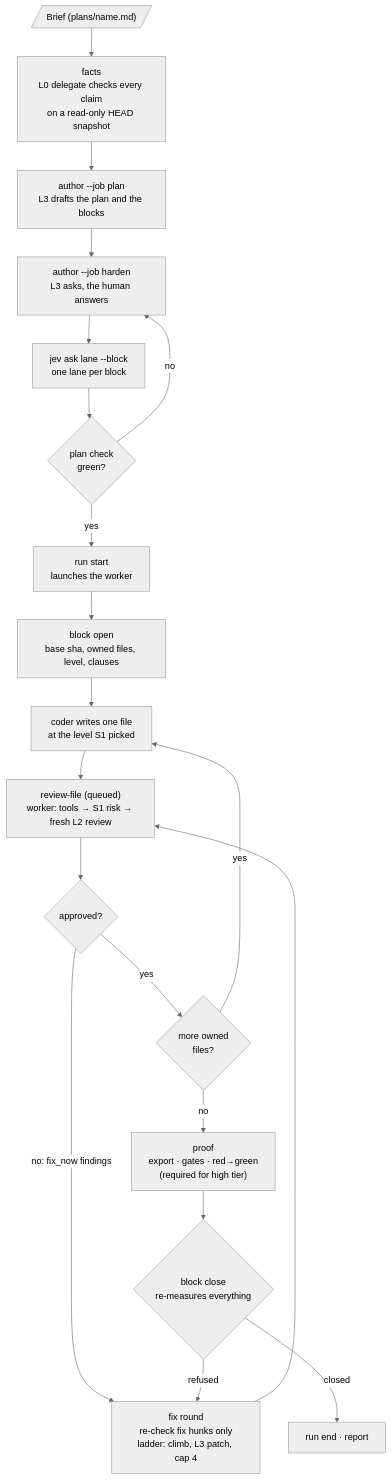
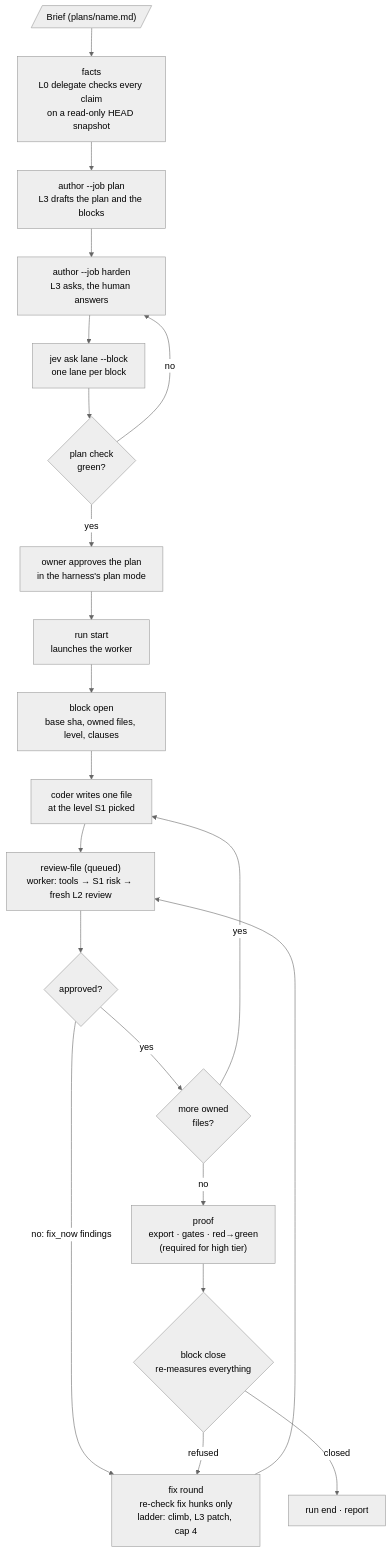
Before and after one commit to ricardov03/code-forge: the first of 2 diagrams in docs/how-it-works.md, drawn with Mermaid (neutral theme). The commit also changed other lines of this file and 15 other files, not shown here.

````diff
--- a/docs/how-it-works.md
+++ b/docs/how-it-works.md
@@ -8,22 +8,23 @@
 ```mermaid
 flowchart TD
   brief[/"Brief (plans/name.md)"/] --> facts["facts<br/>L0 delegate checks every claim<br/>on a read-only HEAD snapshot"]
   facts --> author["author --job plan<br/>L3 drafts the plan and the blocks"]
   author --> harden["author --job harden<br/>L3 asks, the human answers"]
   harden --> lanes["jev ask lane --block<br/>one lane per block"]
   lanes --> check{"plan check<br/>green?"}
   check -- no --> harden
-  check -- yes --> start["run start<br/>launches the worker"]
+  check -- yes --> approve["owner approves the plan<br/>in the harness's plan mode"]
+  approve --> start["run start<br/>launches the worker"]
   start --> open["block open<br/>base sha, owned files, level, clauses"]
   open --> coder["coder writes one file<br/>at the level S1 picked"]
   coder --> rf["review-file (queued)<br/>worker: tools → S1 risk → fresh L2 review"]
   rf --> verdict{"approved?"}
   verdict -- "no: fix_now findings" --> fix["fix round<br/>re-check fix hunks only<br/>ladder: climb, L3 patch, cap 4"]
   fix --> rf
   verdict -- yes --> more{"more owned<br/>files?"}
   more -- yes --> coder
   more -- no --> proof["proof<br/>export · gates · red→green<br/>(required for high tier)"]
   proof --> close{"block close<br/>re-measures everything"}
   close -- refused --> fix
   close -- closed --> report["run end · report"]
 ```
````
